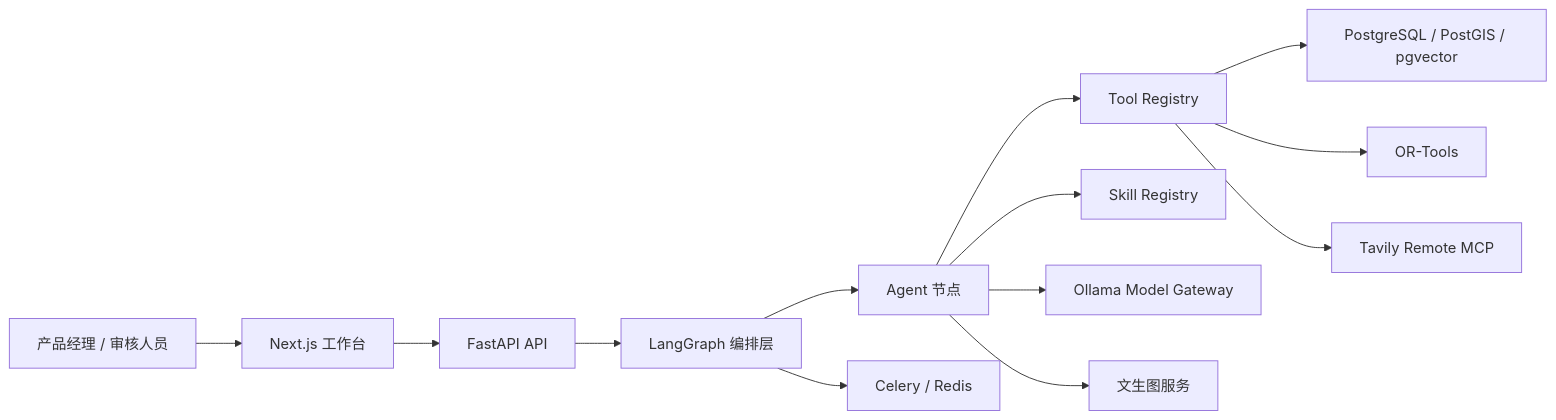
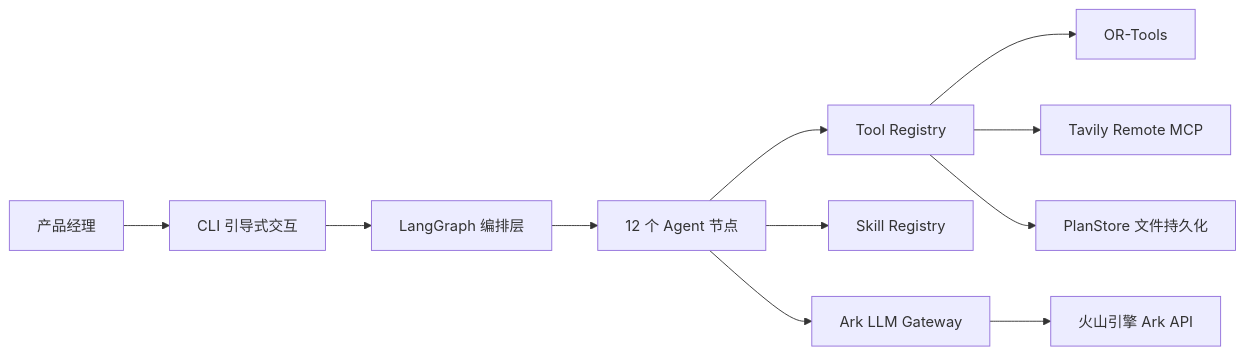
One commit to IsGodmini/muti-agents-projects changed the diagram in docs/02-系统架构设计.md. Above: the diagram before and after it, drawn with Mermaid. The commit also changed other lines of this file and 2 other files, not shown here.

````diff
--- a/docs/02-系统架构设计.md
+++ b/docs/02-系统架构设计.md
@@ -14,15 +12,13 @@
 ```mermaid
 flowchart LR
-    U["产品经理 / 审核人员"] --> W["Next.js 工作台"]
-    W --> API["FastAPI API"]
-    API --> G["LangGraph 编排层"]
-    G --> A["Agent 节点"]
-    A --> TR["Tool Registry"]
-    A --> SR["Skill Registry"]
-    TR --> DB["PostgreSQL / PostGIS / pgvector"]
+    U["产品经理"] --> CLI["CLI 引导式交互"]
+    CLI --> G["LangGraph 编排层"]
+    G --> NODES["12 个 Agent 节点"]
+    NODES --> TR["Tool Registry"]
+    NODES --> SR["Skill Registry"]
+    NODES --> MG["Ark LLM Gateway"]
     TR --> OPT["OR-Tools"]
     TR --> MCP["Tavily Remote MCP"]
-    A --> MG["Ollama Model Gateway"]
-    G --> Q["Celery / Redis"]
-    A --> IMG["文生图服务"]
+    TR --> PS["PlanStore 文件持久化"]
+    MG --> ARK["火山引擎 Ark API"]
 ```
````
